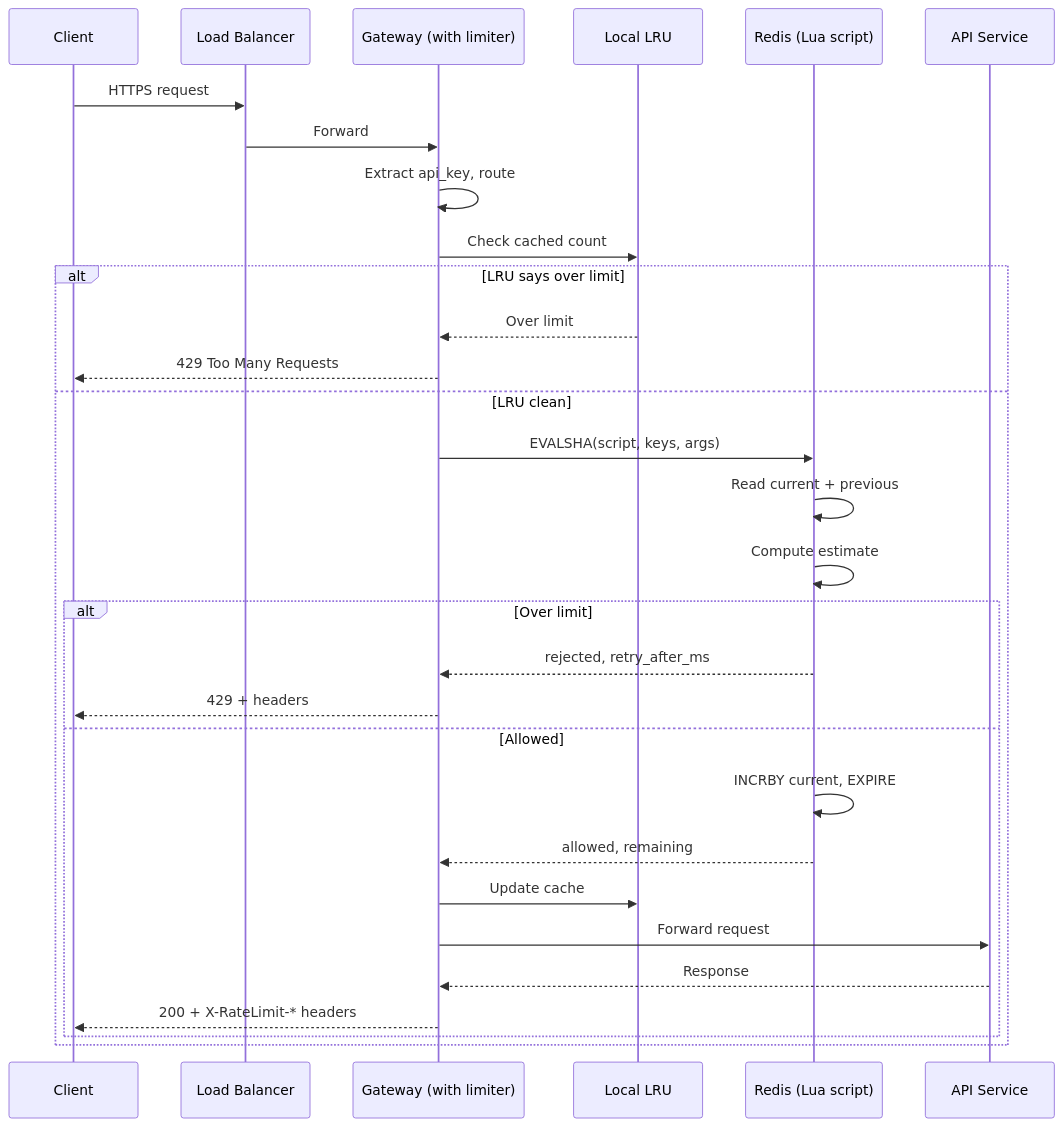
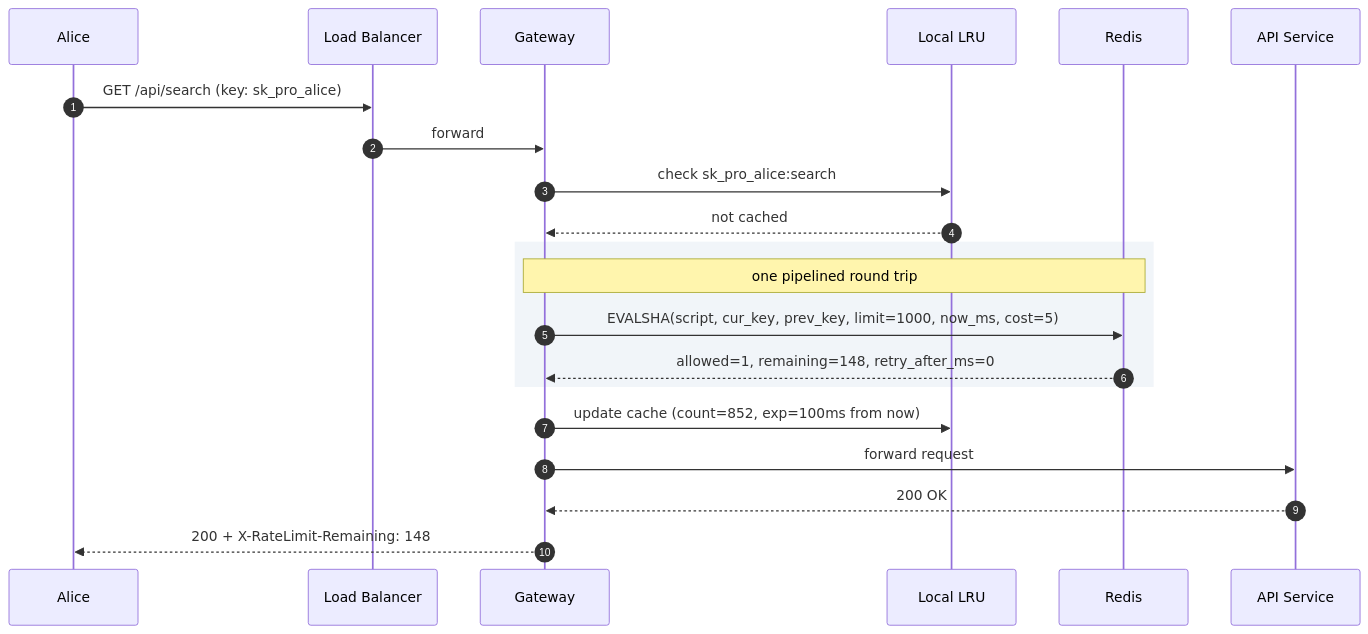
One commit to shiningflash/shiningflash.github.io changed diagram 14 of 15 in _practice/system-design/004-rate-limiter.md. Above: the diagram before and after it, drawn with Mermaid. The commit also changed other lines of this file and 19 other files, not shown here.

````diff
--- a/_practice/system-design/004-rate-limiter.md
+++ b/_practice/system-design/004-rate-limiter.md
@@ -391,33 +882,27 @@
 ```mermaid
 sequenceDiagram
-    participant C as Client
+    autonumber
+    participant Alice
     participant LB as Load Balancer
-    participant GW as Gateway (with limiter)
+    participant GW as Gateway
     participant LRU as Local LRU
-    participant R as Redis (Lua script)
+    participant R as Redis
     participant API as API Service
 
-    C->>LB: HTTPS request
-    LB->>GW: Forward
-    GW->>GW: Extract api_key, route
-    GW->>LRU: Check cached count
-    alt LRU says over limit
-        LRU-->>GW: Over limit
-        GW-->>C: 429 Too Many Requests
-    else LRU clean
-        GW->>R: EVALSHA(script, keys, args)
-        R->>R: Read current + previous
-        R->>R: Compute estimate
-        alt Over limit
-            R-->>GW: rejected, retry_after_ms
-            GW-->>C: 429 + headers
-        else Allowed
-            R->>R: INCRBY current, EXPIRE
-            R-->>GW: allowed, remaining
-            GW->>LRU: Update cache
-            GW->>API: Forward request
-            API-->>GW: Response
-            GW-->>C: 200 + X-RateLimit-* headers
-        end
+    Alice->>LB: GET /api/search (key: sk_pro_alice)
+    LB->>GW: forward
+
+    GW->>LRU: check sk_pro_alice:search
+    LRU-->>GW: not cached
+
+    rect rgb(241, 245, 249)
+        Note over GW,R: one pipelined round trip
+        GW->>R: EVALSHA(script, cur_key, prev_key, limit=1000, now_ms, cost=5)
+        R-->>GW: allowed=1, remaining=148, retry_after_ms=0
     end
+
+    GW->>LRU: update cache (count=852, exp=100ms from now)
+    GW->>API: forward request
+    API-->>GW: 200 OK
+    GW-->>Alice: 200 + X-RateLimit-Remaining: 148
 ```
````
